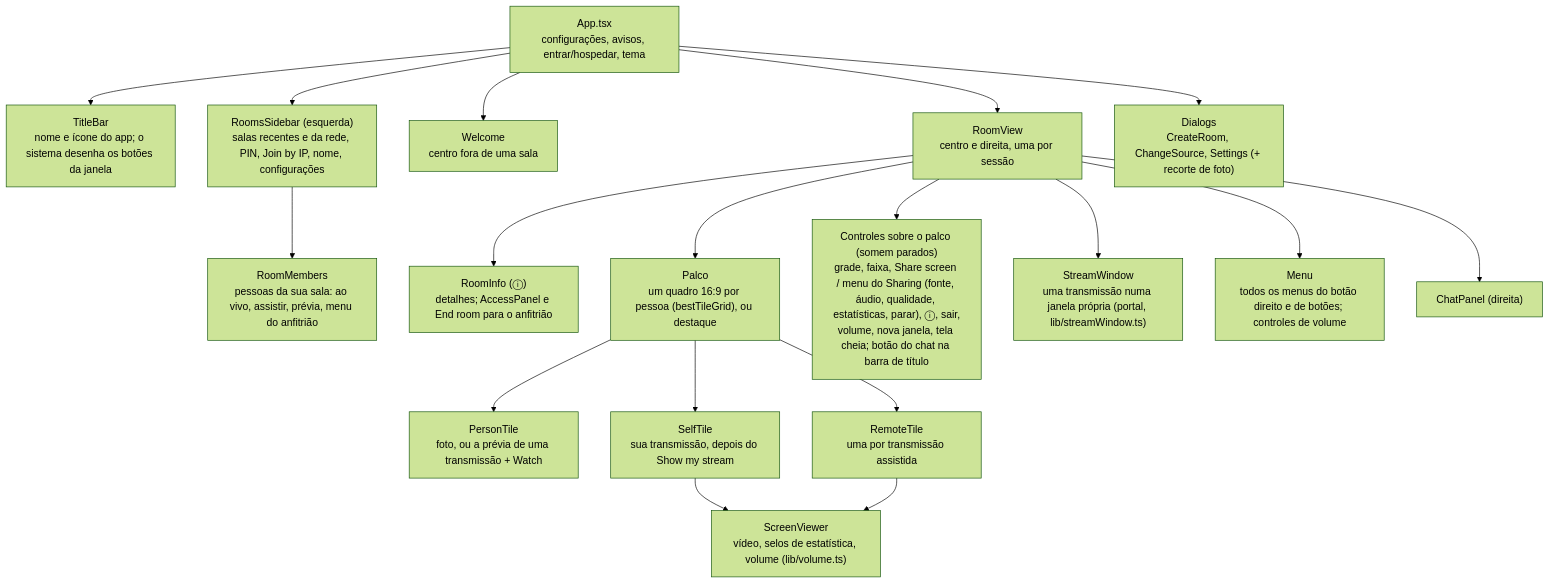
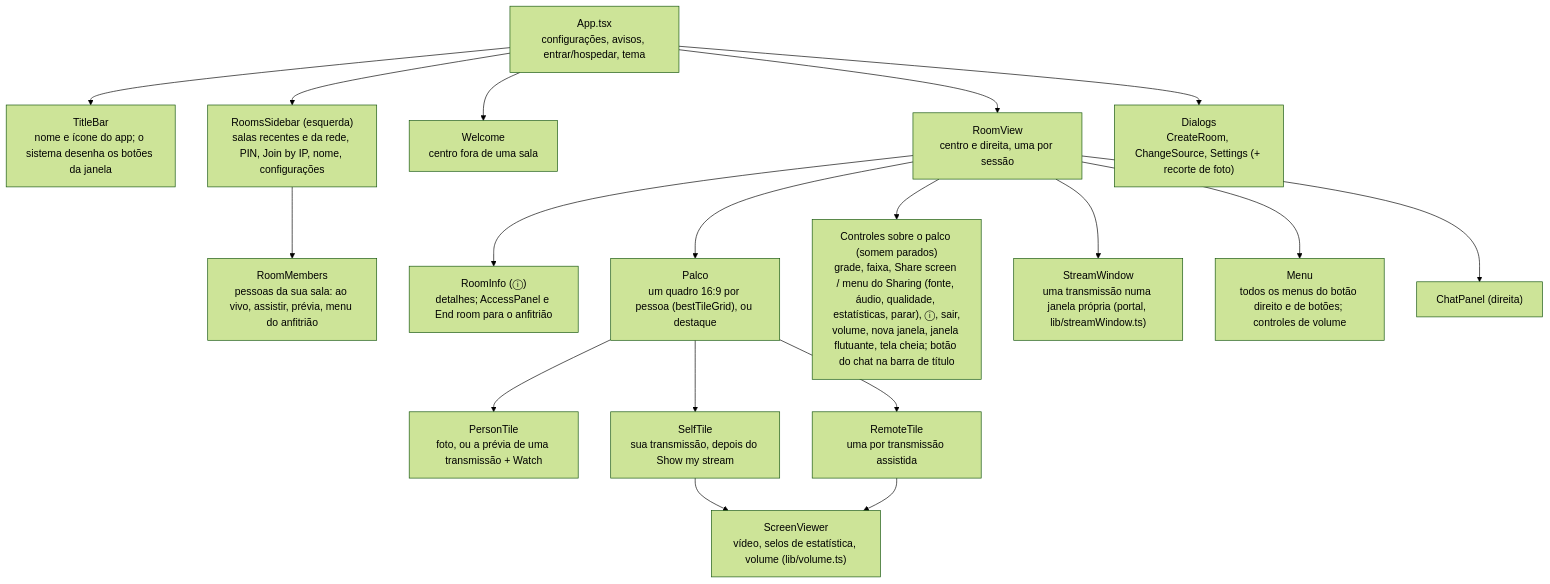
Before and after one commit to nsfxu/lan-screenshare: the fifth of 8 diagrams in docs/pt-BR/architecture.md, drawn with Mermaid (forest theme). The commit also changed 19 other files, not shown here.

````diff
--- a/docs/pt-BR/architecture.md
+++ b/docs/pt-BR/architecture.md
@@ -276,21 +276,21 @@
 ```mermaid
 flowchart TB
   App["App.tsx<br/>configurações, avisos, entrar/hospedar, tema"]
   App --> Title["TitleBar<br/>nome e ícone do app; o sistema desenha os botões da janela"]
   App --> Rooms["RoomsSidebar (esquerda)<br/>salas recentes e da rede, PIN, Join by IP, nome, configurações"]
   Rooms --> Members["RoomMembers<br/>pessoas da sua sala: ao vivo, assistir, prévia, menu do anfitrião"]
   App --> Welcome["Welcome<br/>centro fora de uma sala"]
   App --> Room["RoomView<br/>centro e direita, uma por sessão"]
   App --> Dlg["Dialogs<br/>CreateRoom, ChangeSource, Settings (+ recorte de foto)"]
   Room --> Info["RoomInfo (ⓘ)<br/>detalhes; AccessPanel e End room para o anfitrião"]
   Room --> Stage["Palco<br/>um quadro 16:9 por pessoa (bestTileGrid), ou destaque"]
   Stage --> Person["PersonTile<br/>foto, ou a prévia de uma transmissão + Watch"]
   Stage --> Self["SelfTile<br/>sua transmissão, depois do Show my stream"]
   Stage --> Remote["RemoteTile<br/>uma por transmissão assistida"]
   Self --> SV["ScreenViewer<br/>vídeo, selos de estatística, volume (lib/volume.ts)"]
   Remote --> SV
-  Room --> Bar["Controles sobre o palco (somem parados)<br/>grade, faixa, Share screen / menu do Sharing (fonte, áudio, qualidade, estatísticas, parar), ⓘ, sair,<br/>volume, nova janela, tela cheia; botão do chat na barra de título"]
+  Room --> Bar["Controles sobre o palco (somem parados)<br/>grade, faixa, Share screen / menu do Sharing (fonte, áudio, qualidade, estatísticas, parar), ⓘ, sair,<br/>volume, nova janela, janela flutuante, tela cheia; botão do chat na barra de título"]
   Room --> SW["StreamWindow<br/>uma transmissão numa janela própria (portal, lib/streamWindow.ts)"]
   Room --> Menu["Menu<br/>todos os menus do botão direito e de botões; controles de volume"]
   Room --> Chat["ChatPanel (direita)"]
 ```
````
